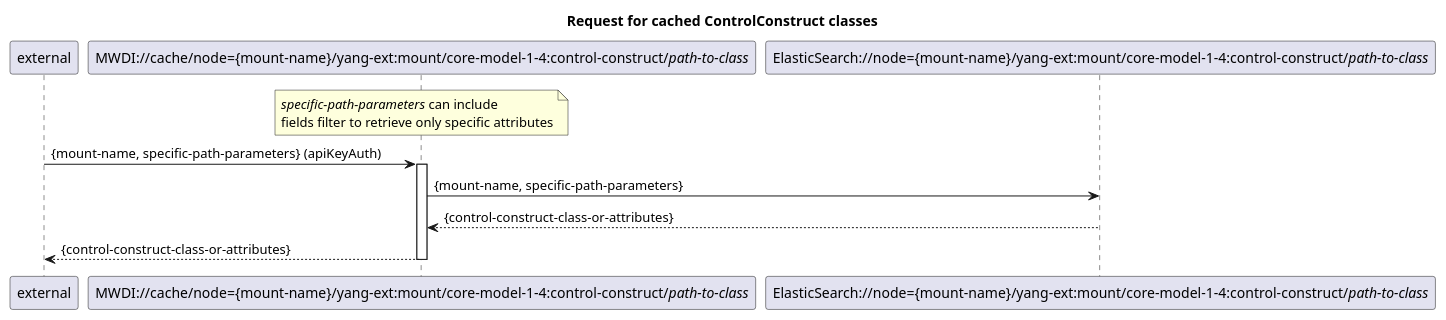
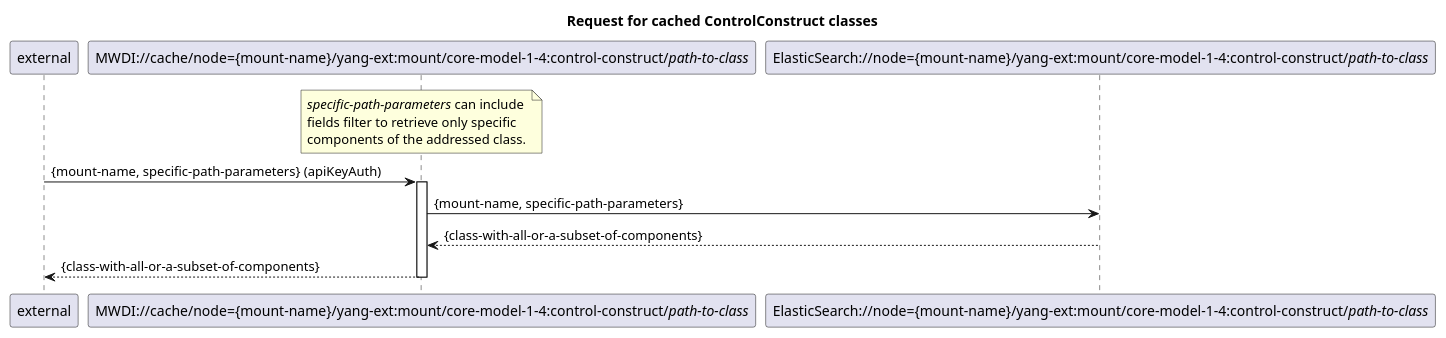
The diagram in spec/diagrams/210_CacheRessourcePath.plantuml (openBackhaul/MicroWaveDeviceInventory), drawn with PlantUML before and after one commit. The commit also changed 1 other file, not shown here.

Commit message:
Change 2 small comments in diagrams

```diff
--- a/spec/diagrams/210_CacheRessourcePath.plantuml
+++ b/spec/diagrams/210_CacheRessourcePath.plantuml
@@ -1,20 +1,20 @@
 @startuml 210_CacheRessourcePath
 skinparam responseMessageBelowArrow true
 
 title Request for cached ControlConstruct classes
 
 participant "external" as requestor
 participant "MWDI://cache/node={mount-name}/yang-ext:mount/core-model-1-4:control-construct/<i>path-to-class</i>" as CacheControlConstructClass
 participant "ElasticSearch://node={mount-name}/yang-ext:mount/core-model-1-4:control-construct/<i>path-to-class</i>" as EsControlConstructClass
 
-note over CacheControlConstructClass: <i>specific-path-parameters</i> can include \nfields filter to retrieve only specific attributes
+note over CacheControlConstructClass: <i>specific-path-parameters</i> can include \nfields filter to retrieve only specific \ncomponents of the addressed class.
 requestor -> CacheControlConstructClass: {mount-name, specific-path-parameters} (apiKeyAuth)
 activate CacheControlConstructClass
 
 CacheControlConstructClass -> EsControlConstructClass: {mount-name, specific-path-parameters}
-EsControlConstructClass --> CacheControlConstructClass: {control-construct-class-or-attributes}
+EsControlConstructClass --> CacheControlConstructClass: {class-with-all-or-a-subset-of-components}
 
-CacheControlConstructClass --> requestor: {control-construct-class-or-attributes}
+CacheControlConstructClass --> requestor: {class-with-all-or-a-subset-of-components}
 deactivate CacheControlConstructClass
 
 @enduml
```
